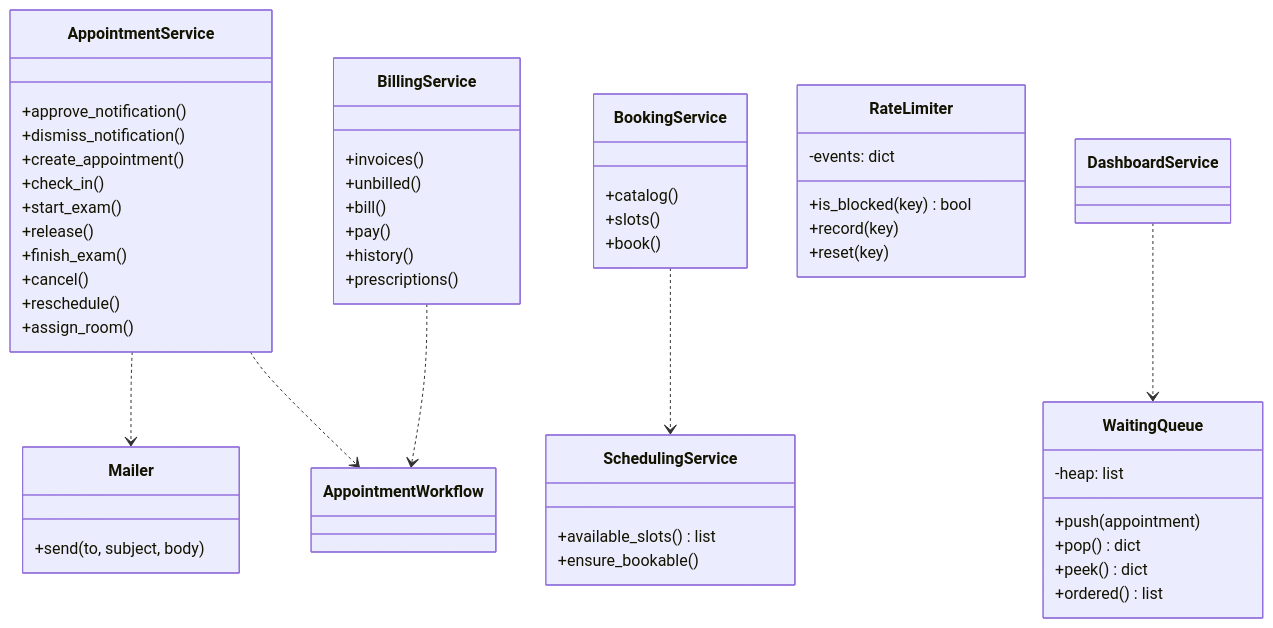
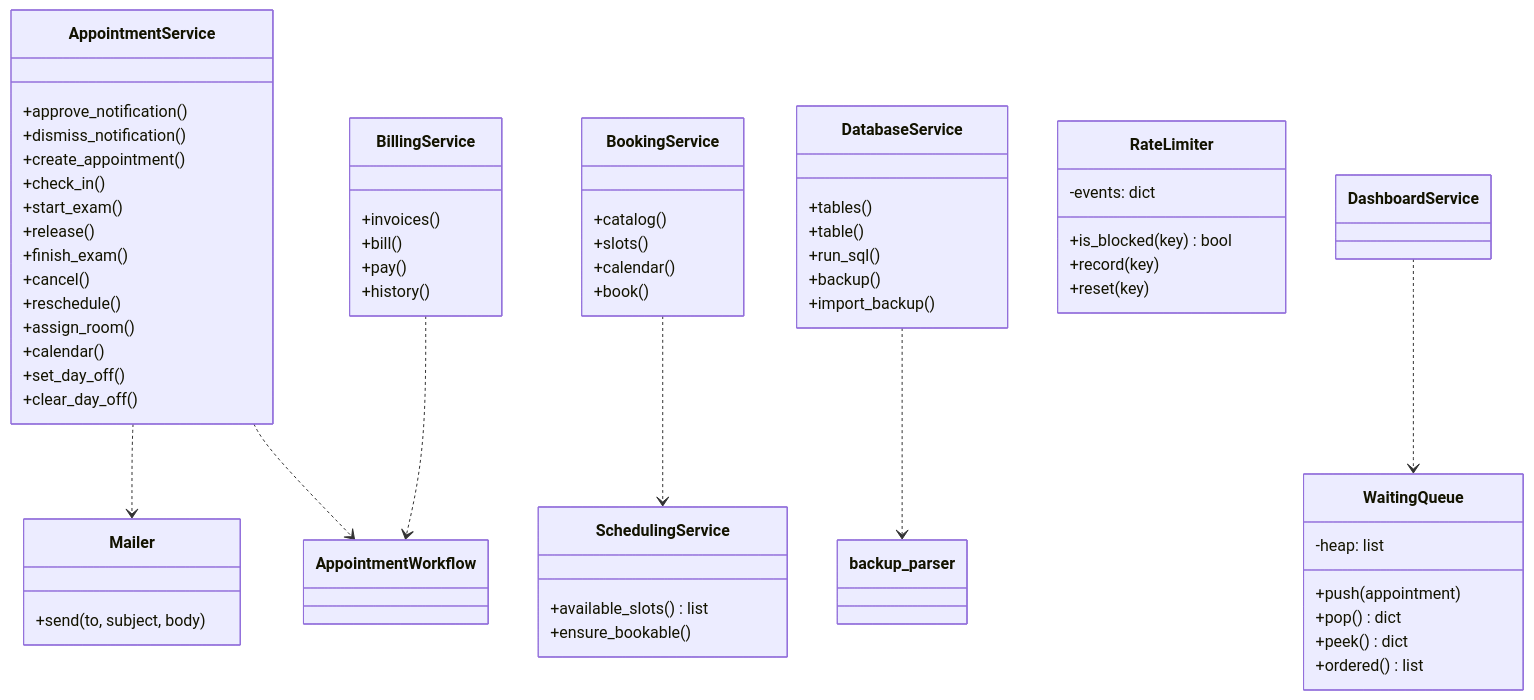
Before and after one commit to kelsengile/AppointMed: the seventh of 11 diagrams in DOCUMENTATION.md, drawn with Mermaid. The commit also changed other lines of this file and 8 other files, not shown here.

````diff
--- a/DOCUMENTATION.md
+++ b/DOCUMENTATION.md
@@ -557,53 +555,61 @@
 ```mermaid
 classDiagram
     class AppointmentService {
         +approve_notification()
         +dismiss_notification()
         +create_appointment()
         +check_in()
         +start_exam()
         +release()
         +finish_exam()
         +cancel()
         +reschedule()
         +assign_room()
+        +calendar()
+        +set_day_off()
+        +clear_day_off()
     }
     class BookingService {
         +catalog()
         +slots()
+        +calendar()
         +book()
     }
     class SchedulingService {
         +available_slots() list
         +ensure_bookable()
     }
     class BillingService {
         +invoices()
-        +unbilled()
         +bill()
         +pay()
         +history()
-        +prescriptions()
+    }
+    class DatabaseService {
+        +tables()
+        +table()
+        +run_sql()
+        +backup()
+        +import_backup()
     }
     class WaitingQueue {
         -heap: list
         +push(appointment)
         +pop() dict
         +peek() dict
         +ordered() list
     }
     class RateLimiter {
         -events: dict
         +is_blocked(key) bool
         +record(key)
         +reset(key)
     }
-    class Mailer {
-        +send(to, subject, body)
-    }
+    class Mailer { +send(to, subject, body) }
     BookingService ..> SchedulingService
     AppointmentService ..> Mailer
     AppointmentService ..> AppointmentWorkflow
     BillingService ..> AppointmentWorkflow
     DashboardService ..> WaitingQueue
+    DatabaseService ..> backup_parser
 ```
````
